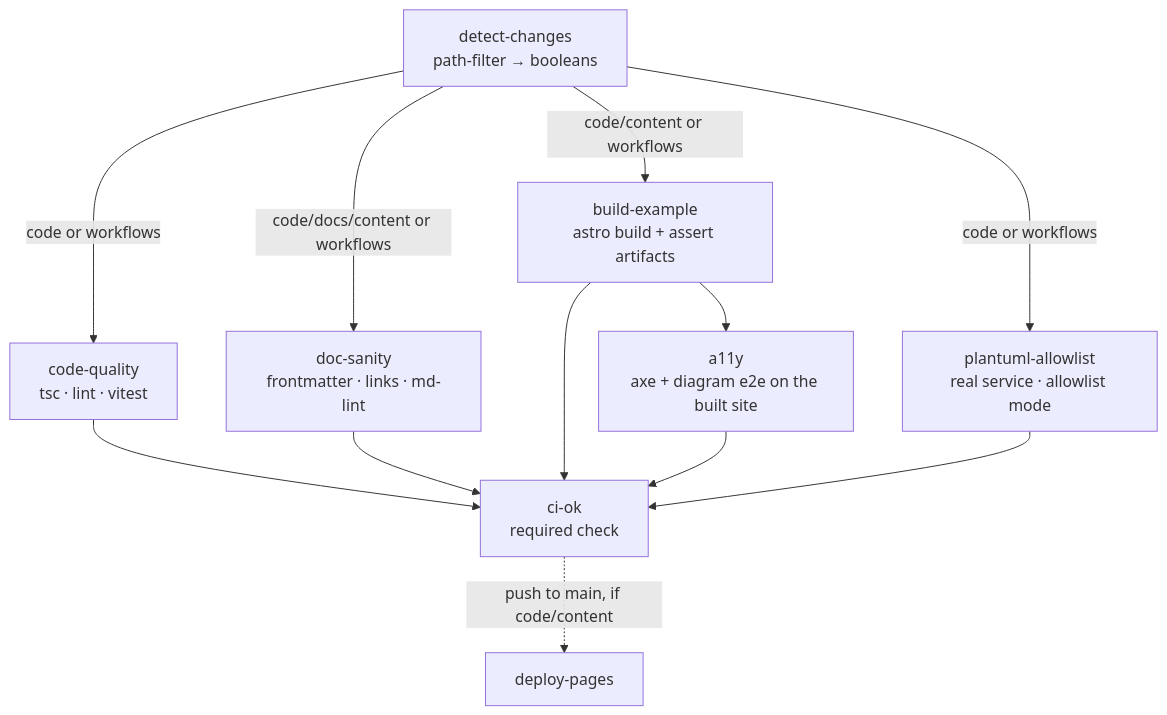
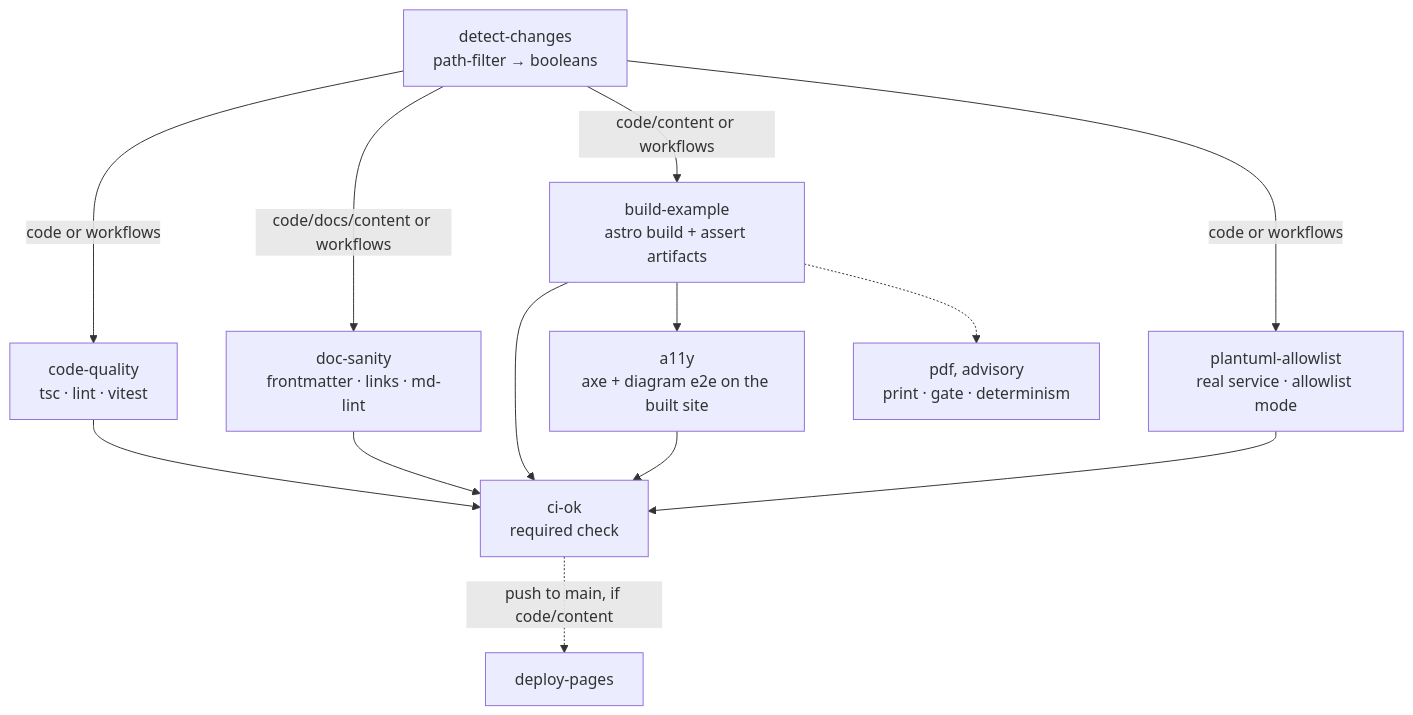
Before and after one commit to spec-kitty/doc-kitty: the diagram in docs/architecture/ci-cd-pipeline.md, drawn with Mermaid. The commit also changed other lines of this file and 11 other files, not shown here.

First line of the commit message:
docs(print): add the Printing and PDF guide, reference and migration notes, and changelog fragments

````diff
--- a/docs/architecture/ci-cd-pipeline.md
+++ b/docs/architecture/ci-cd-pipeline.md
@@ -99,15 +99,16 @@
 ```mermaid
 flowchart TD
   DC[detect-changes<br/>path-filter → booleans]
   DC -->|code or workflows| CQ[code-quality<br/>tsc · lint · vitest]
   DC -->|code/docs/content or workflows| DS[doc-sanity<br/>frontmatter · links · md-lint]
   DC -->|code/content or workflows| BE[build-example<br/>astro build + assert artifacts]
   CQ --> OK[ci-ok<br/>required check]
   DS --> OK
   BE --> OK
   DC -->|code or workflows| PA[plantuml-allowlist<br/>real service · allowlist mode]
   BE --> A11[a11y<br/>axe + diagram e2e on the built site]
+  BE -.-> PDF[pdf, advisory<br/>print · gate · determinism]
   A11 --> OK
   PA --> OK
   OK -.->|push to main, if code/content| DEP[deploy-pages]
 ```
````
